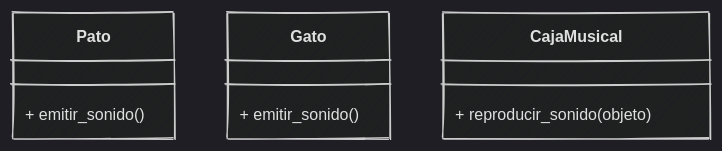
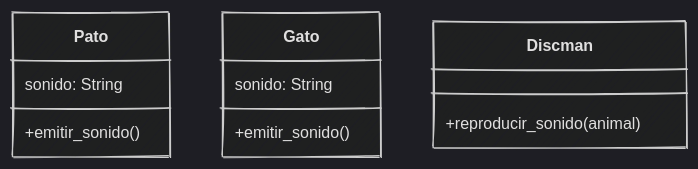
Before and after one commit to python-la-paz/python-study-group-oop: the first of 8 diagrams in content/sesion07/Readme.md, drawn with Mermaid. The commit also changed other lines of this file and 3 other files, not shown here.

````diff
--- a/content/sesion07/Readme.md
+++ b/content/sesion07/Readme.md
@@ -153,15 +169,17 @@
 ```mermaid
 %%{init: {"theme": "dark", "look": "handDrawn"  }}%%
 classDiagram
     class Pato {
-        + emitir_sonido()
+        sonido: String
+        +emitir_sonido()
     }
     
     class Gato {
-        + emitir_sonido()
+        sonido: String
+        +emitir_sonido()
     }
 
-    class CajaMusical {
-        + reproducir_sonido(objeto)
+    class Discman {
+        +reproducir_sonido(animal)
     }
-```	
+```
````
